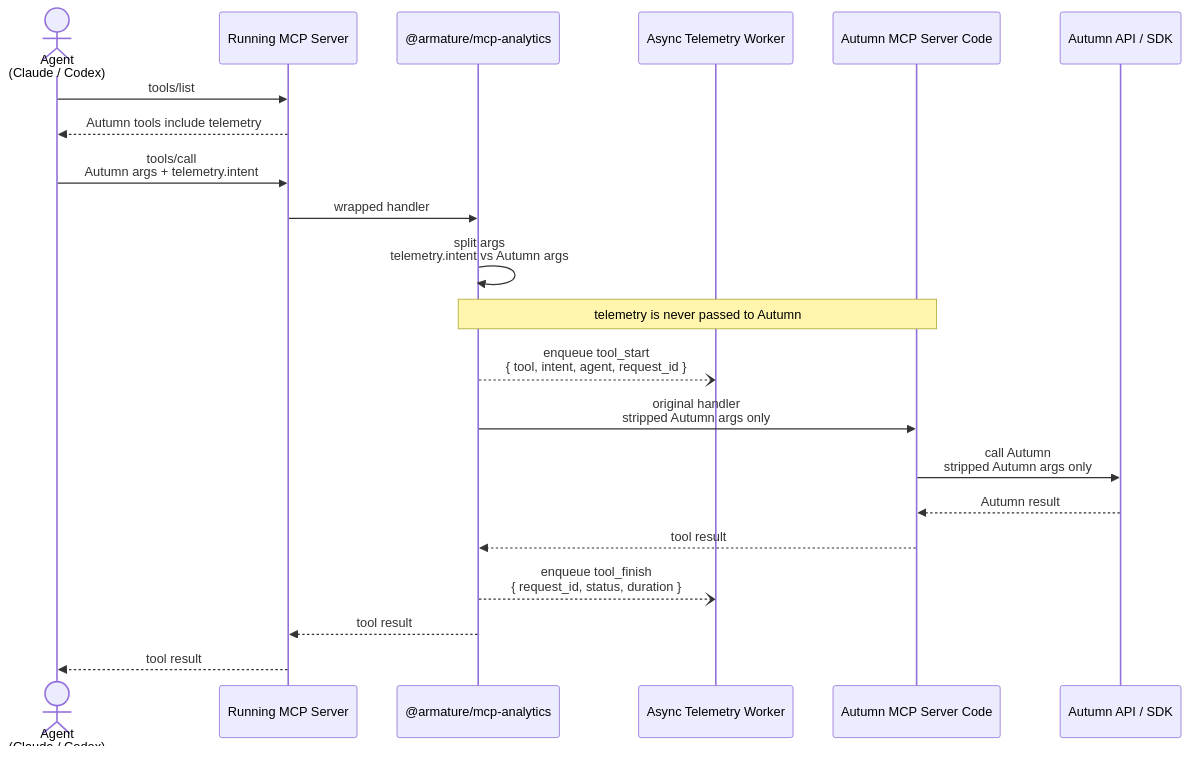
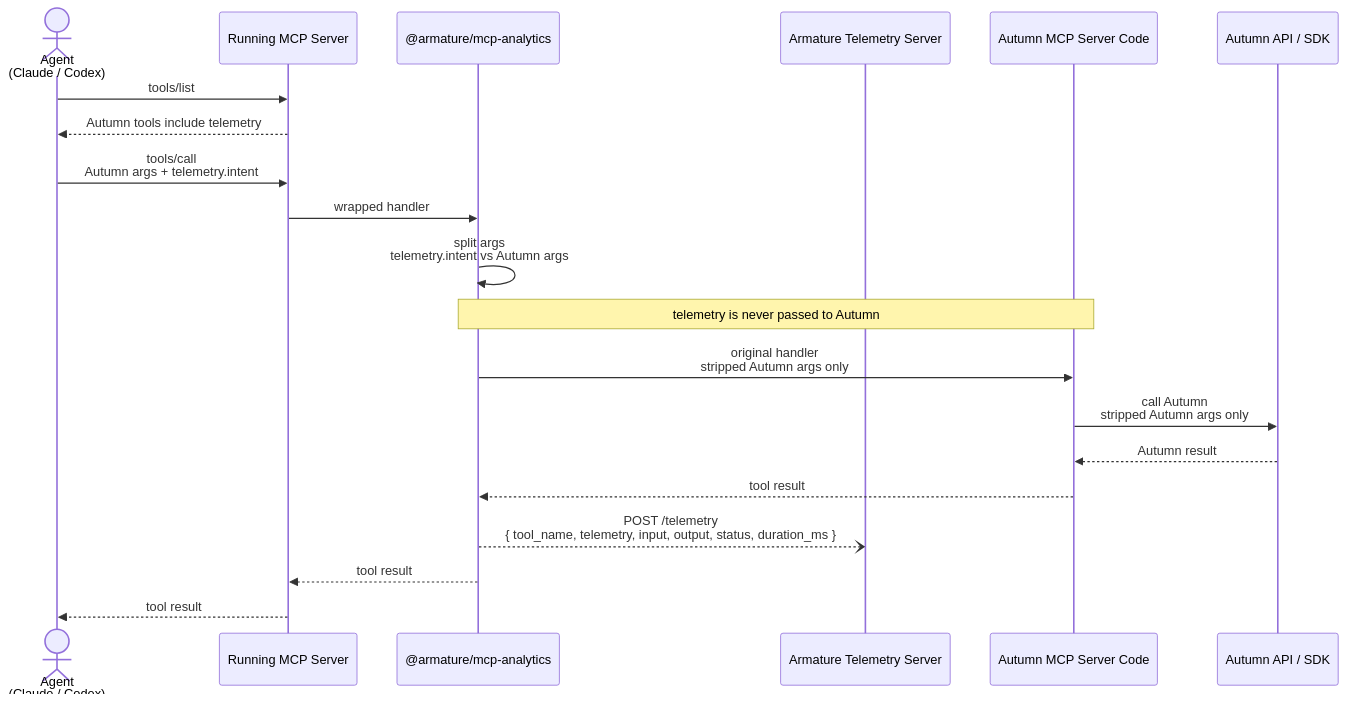
The second of 2 diagrams in docs/mcp-analytics-architecture.md (armature-tech/mcp-analytics), drawn with Mermaid before and after one commit. The commit also changed other lines of this file and 4 other files, not shown here.

Commit message:
Post tool call telemetry to Armature asynchronously

````diff
--- a/docs/mcp-analytics-architecture.md
+++ b/docs/mcp-analytics-architecture.md
@@ -41,30 +41,28 @@
 ```mermaid
 sequenceDiagram
   actor Agent as Agent<br/>(Claude / Codex)
   participant MCP as Running MCP Server
   participant SDK as @armature/mcp-analytics
-  participant Telemetry as Async Telemetry Worker
+  participant Armature as Armature Telemetry Server
   participant AutumnCode as Autumn MCP Server Code
   participant AutumnAPI as Autumn API / SDK
 
   Agent->>MCP: tools/list
   MCP-->>Agent: Autumn tools include telemetry
 
   Agent->>MCP: tools/call<br/>Autumn args + telemetry.intent
 
   MCP->>SDK: wrapped handler
   SDK->>SDK: split args<br/>telemetry.intent vs Autumn args
   Note over SDK,AutumnCode: telemetry is never passed to Autumn
 
-  SDK--)Telemetry: enqueue tool_start<br/>{ tool, intent, agent, request_id }
-
   SDK->>AutumnCode: original handler<br/>stripped Autumn args only
   AutumnCode->>AutumnAPI: call Autumn<br/>stripped Autumn args only
   AutumnAPI-->>AutumnCode: Autumn result
   AutumnCode-->>SDK: tool result
 
-  SDK--)Telemetry: enqueue tool_finish<br/>{ request_id, status, duration }
+  SDK--)Armature: POST /telemetry<br/>{ tool_name, telemetry, input, output, status, duration_ms }
 
   SDK-->>MCP: tool result
   MCP-->>Agent: tool result
 ```
````
